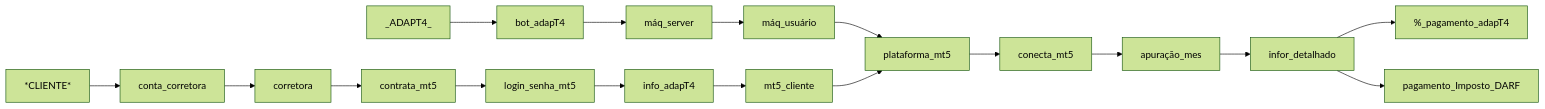
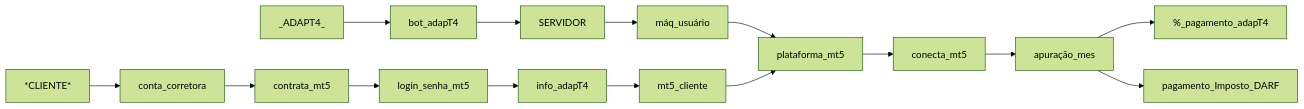
The diagram in README.md (viniciusdantasdc/Adapt4_invest), drawn with Mermaid (forest theme) before and after one commit.

````diff
--- a/README.md
+++ b/README.md
@@ -25,23 +25,22 @@
 ```mermaid
 graph LR;
 _ADAPT4_ --> bot_adapT4;
-bot_adapT4 --> máq_server;
-máq_server --> máq_usuário;
+bot_adapT4 --> SERVIDOR;
+SERVIDOR --> máq_usuário;
 máq_usuário --> plataforma_mt5;
-plataforma_mt5 --> conecta_mt5;
+
 
 *CLIENTE* --> conta_corretora;
-conta_corretora --> corretora;
-corretora--> contrata_mt5;
+conta_corretora --> contrata_mt5;
 contrata_mt5 --> login_senha_mt5;
 login_senha_mt5 --> info_adapT4;
 info_adapT4 --> mt5_cliente;
 mt5_cliente --> plataforma_mt5;
 
+plataforma_mt5 --> conecta_mt5;
 conecta_mt5 --> apuração_mes;
-apuração_mes --> infor_detalhado;
-infor_detalhado --> %_pagamento_adapT4;
-infor_detalhado --> pagamento_Imposto_DARF;
+apuração_mes --> %_pagamento_adapT4;
+apuração_mes --> pagamento_Imposto_DARF;
 
 
 ```
````
